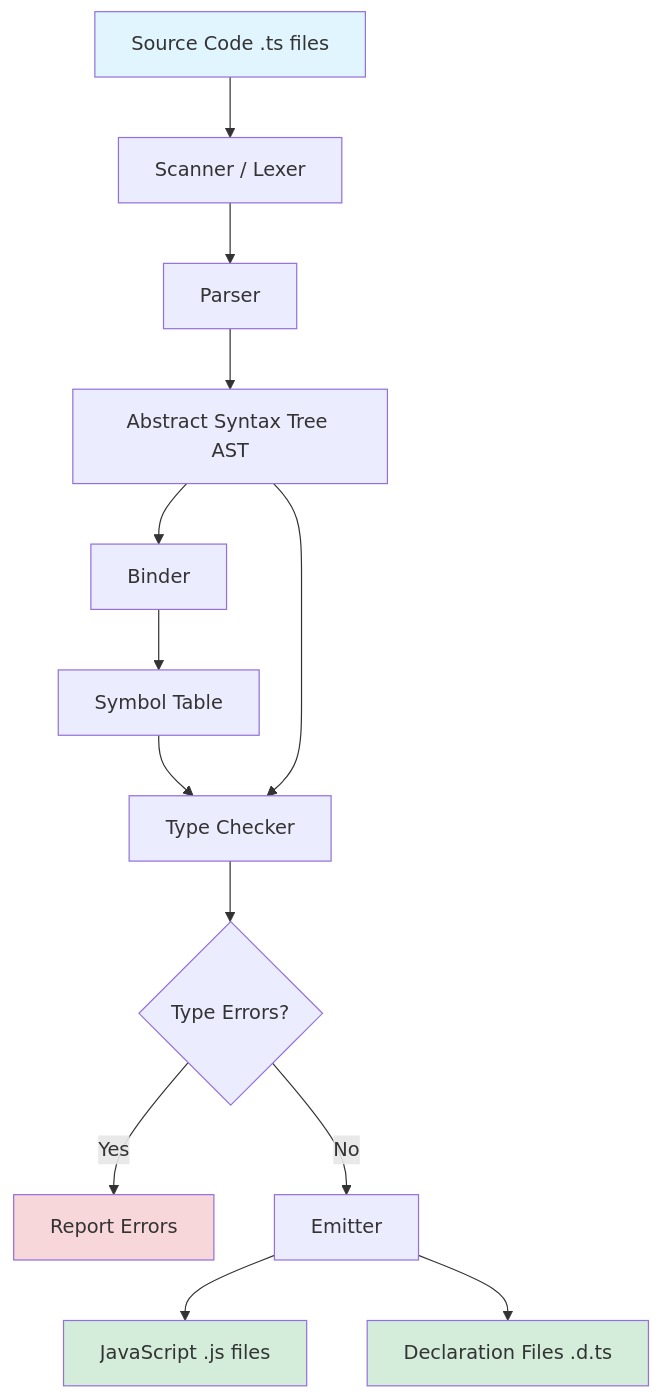
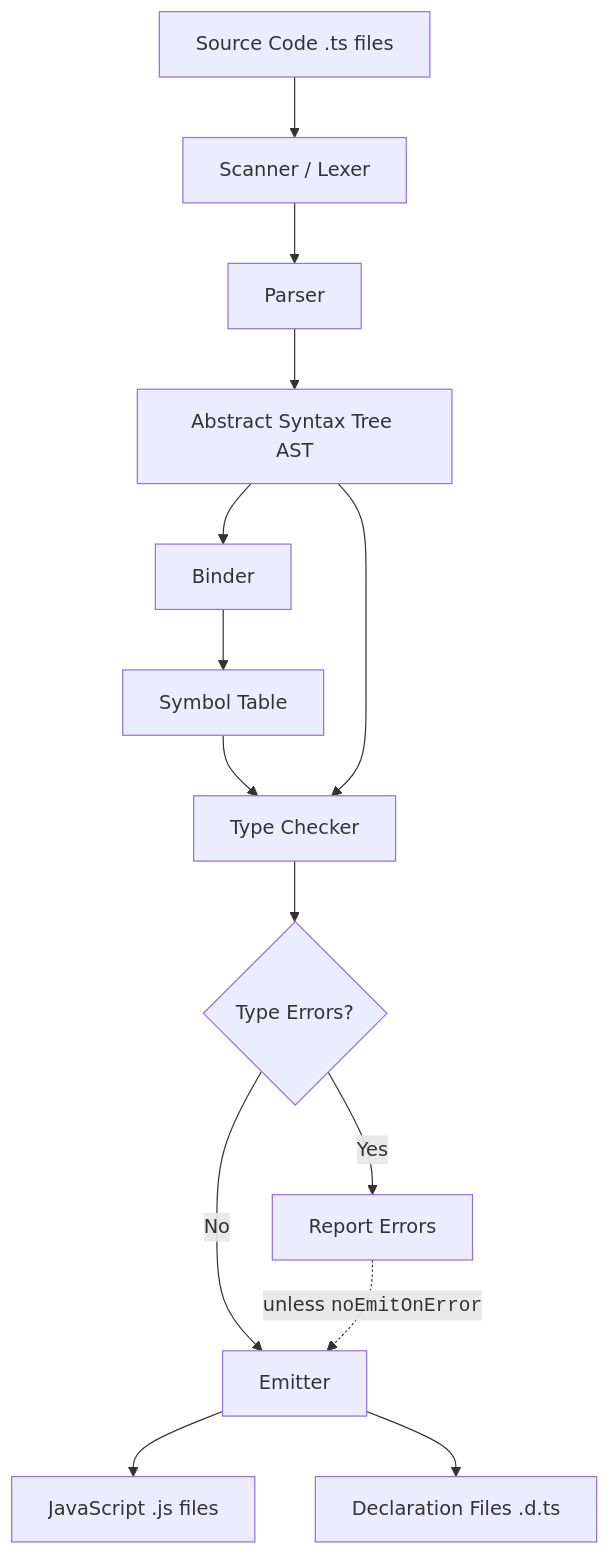
The first of 3 diagrams in content/courses/typescript-from-scratch/how-typescript-works.mdx (dataslope/dataslope), drawn with Mermaid before and after one commit. The commit also changed other lines of this file and 641 other files, not shown here.

````diff
--- a/content/courses/typescript-from-scratch/how-typescript-works.mdx
+++ b/content/courses/typescript-from-scratch/how-typescript-works.mdx
@@ -130,20 +130,16 @@
 ```mermaid
 flowchart TD
     A[Source Code .ts files] --> B[Scanner / Lexer]
     B --> C[Parser]
     C --> D[Abstract Syntax Tree AST]
     D --> E[Binder]
     E --> F[Symbol Table]
     F --> G[Type Checker]
     D --> G
     G --> H{Type Errors?}
     H -->|Yes| I[Report Errors]
     H -->|No| J[Emitter]
+    I -. "unless <code>noEmitOnError</code>" .-> J
     J --> K[JavaScript .js files]
     J --> L[Declaration Files .d.ts]
-    
-    style A fill:#e1f5ff
-    style K fill:#d4edda
-    style L fill:#d4edda
-    style I fill:#f8d7da
 ```
````
